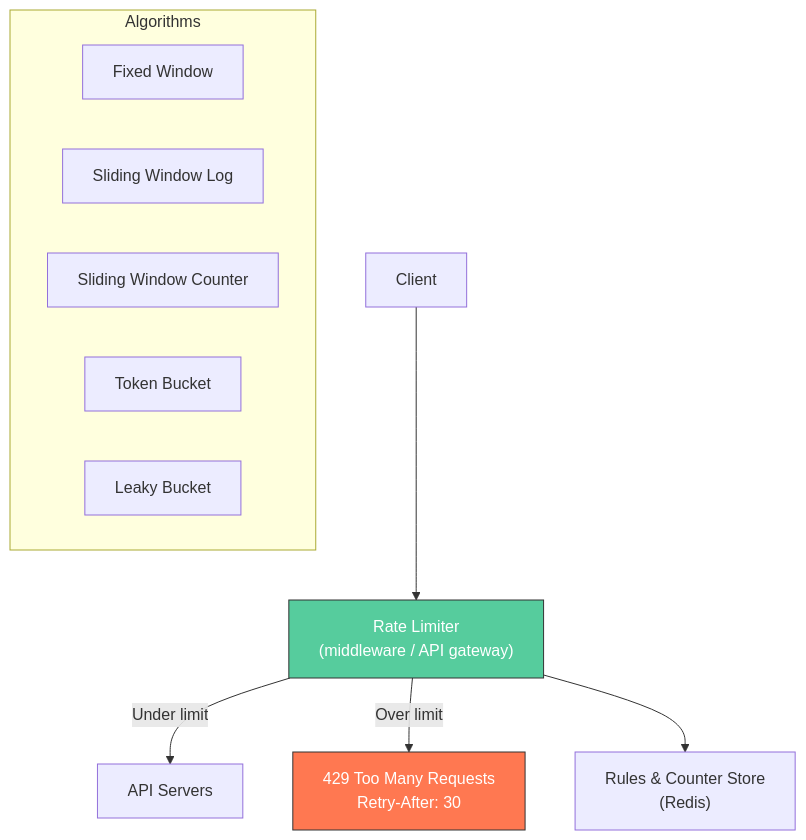
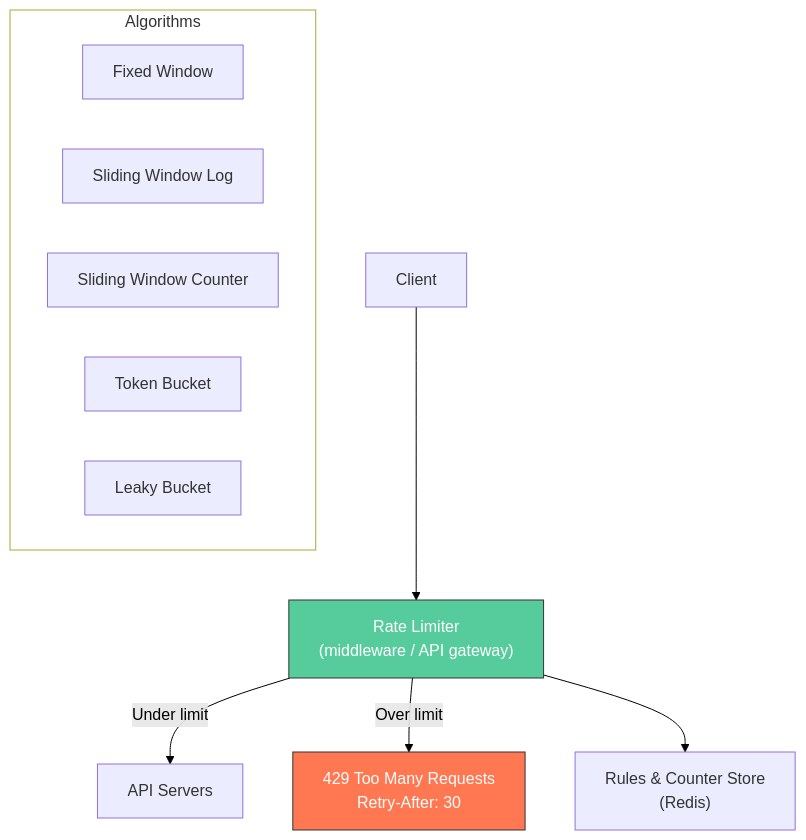
Before and after one commit to tanquangduong/tanquangduong.github.io: the second of 13 diagrams in posts/system-design/System-Design-Interview-QA-3.qmd, drawn with Mermaid. The commit also changed other lines of this file and 204 other files, not shown here.

````diff
--- a/posts/system-design/System-Design-Interview-QA-3.qmd
+++ b/posts/system-design/System-Design-Interview-QA-3.qmd
@@ -118,19 +119,21 @@
 ```{mermaid}
 graph TD
+    linkStyle default stroke:#000,color:#000
     CLIENT["Client"]
     CLIENT --> RL["Rate Limiter<br/>(middleware / API gateway)"]
     RL -->|"Under limit"| API["API Servers"]
     RL -->|"Over limit"| REJECT["429 Too Many Requests<br/>Retry-After: 30"]
     RL --> STORE["Rules & Counter Store<br/>(Redis)"]
 
     subgraph Algorithms
         A1["Fixed Window"]
         A2["Sliding Window Log"]
         A3["Sliding Window Counter"]
         A4["Token Bucket"]
         A5["Leaky Bucket"]
     end
 
     style RL fill:#56cc9d,stroke:#333,color:#fff
     style REJECT fill:#ff7851,stroke:#333,color:#fff
+    style Algorithms fill:#fff
 ```
````
